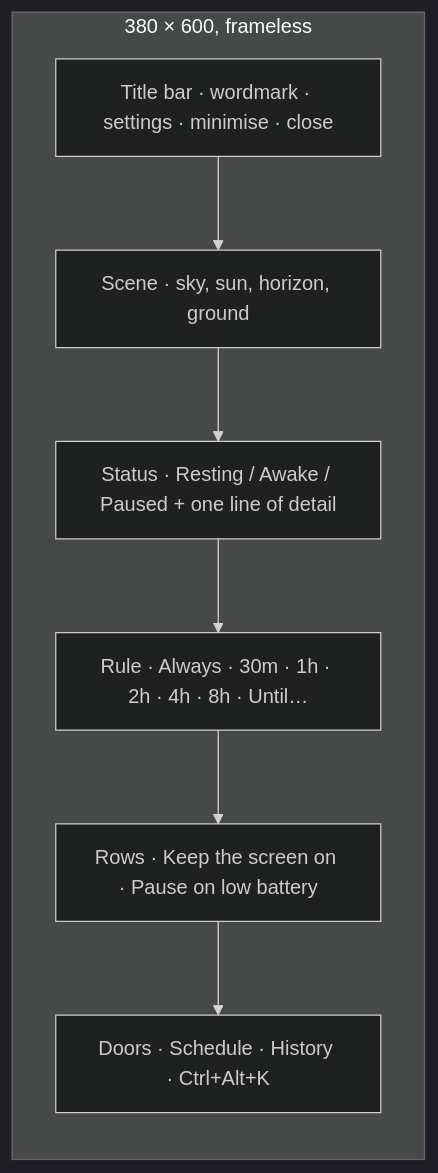
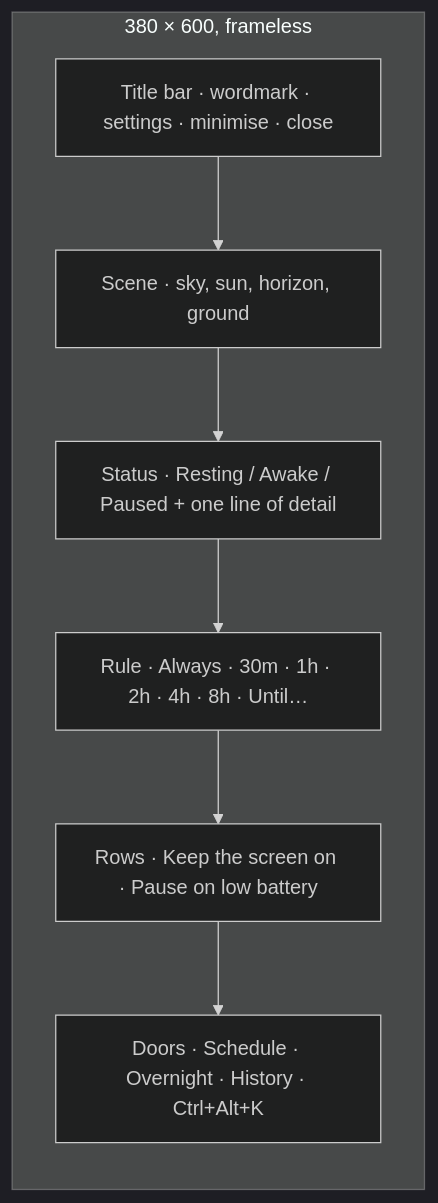
The diagram in docs/guide.md (ax5hay/KeepMeAwake), drawn with Mermaid (dark theme) before and after one commit. The commit also changed other lines of this file and 17 other files, not shown here.

````diff
--- a/docs/guide.md
+++ b/docs/guide.md
@@ -7,13 +7,13 @@
 ```mermaid
 flowchart TB
     subgraph Window["380 × 600, frameless"]
         direction TB
         T["Title bar · wordmark · settings · minimise · close"]
         S["Scene · sky, sun, horizon, ground"]
         ST["Status · Resting / Awake / Paused + one line of detail"]
         R["Rule · Always · 30m · 1h · 2h · 4h · 8h · Until…"]
         RW["Rows · Keep the screen on · Pause on low battery"]
-        D["Doors · Schedule · History · Ctrl+Alt+K"]
+        D["Doors · Schedule · Overnight · History · Ctrl+Alt+K"]
     end
     T --> S --> ST --> R --> RW --> D
 ```
````
